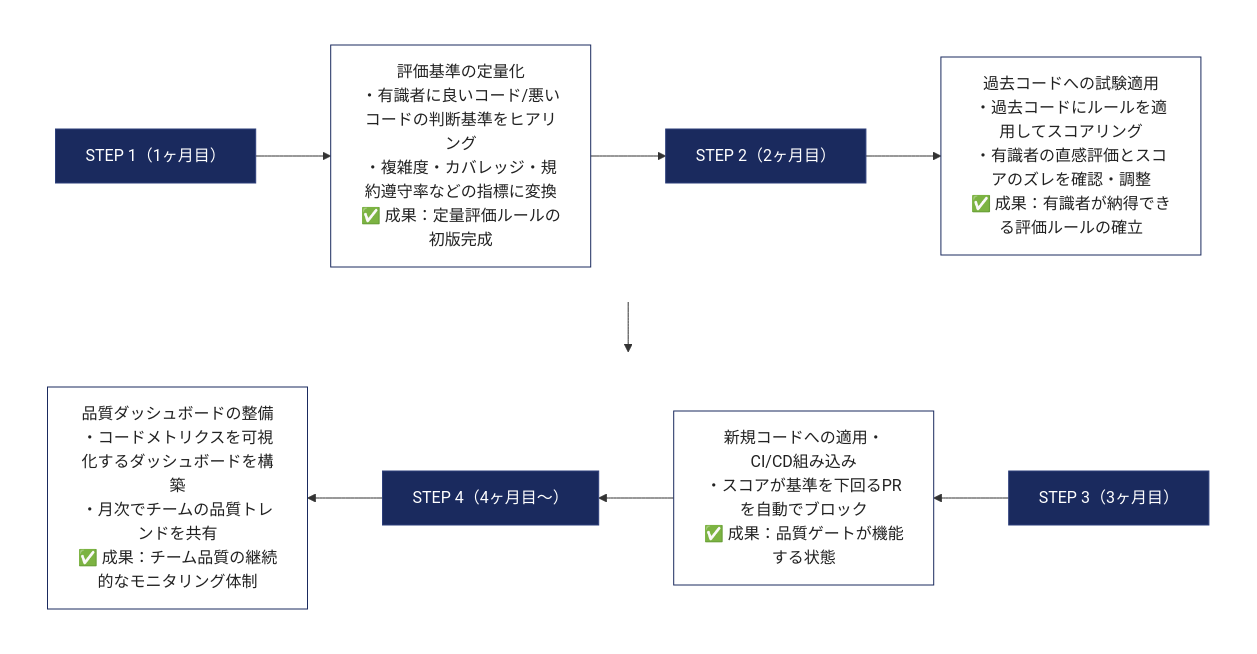
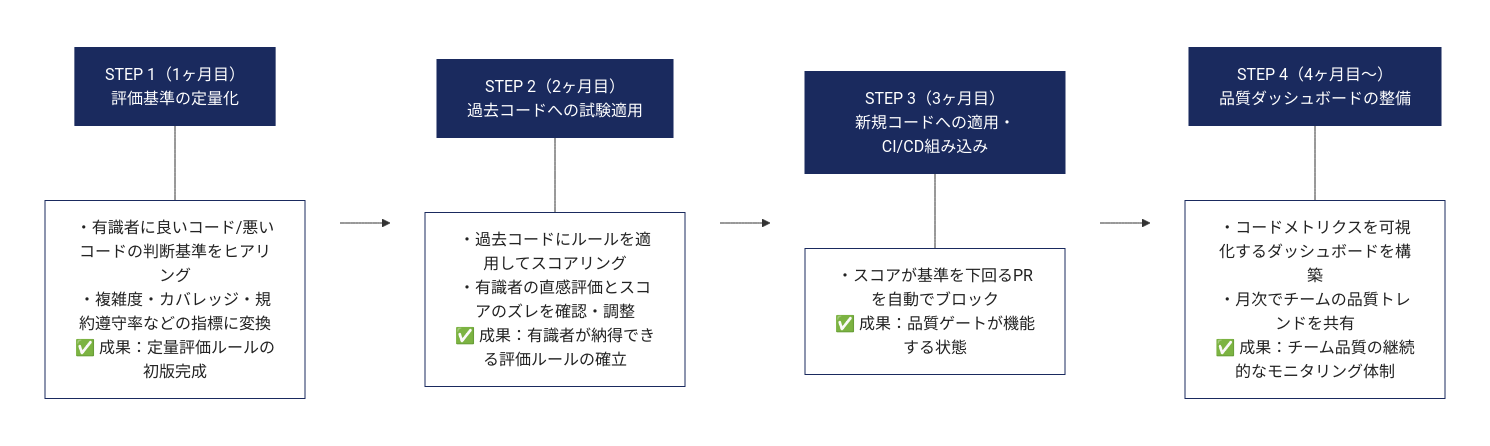
The second of 10 diagrams in AI_Idea/AI_ADOPTION_PROPOSAL.md (Kengo55555/My_Study), drawn with Mermaid before and after one commit. The commit also changed other lines of this file and 1 other file, not shown here.

Commit message:
Redesign Mermaid: horizontal LR layout, navy header + white body per step card

````diff
--- a/AI_Idea/AI_ADOPTION_PROPOSAL.md
+++ b/AI_Idea/AI_ADOPTION_PROPOSAL.md
@@ -104,22 +110,28 @@
 ```mermaid
-flowchart TD
-    subgraph row1[" "]
-        direction LR
-        T1["STEP 1（1ヶ月目）"] --> C1["評価基準の定量化<br/>・有識者に良いコード/悪いコードの判断基準をヒアリング<br/>・複雑度・カバレッジ・規約遵守率などの指標に変換<br/>✅ 成果：定量評価ルールの初版完成"]
-        C1 --> T2["STEP 2（2ヶ月目）"]
-        T2 --> C2["過去コードへの試験適用<br/>・過去コードにルールを適用してスコアリング<br/>・有識者の直感評価とスコアのズレを確認・調整<br/>✅ 成果：有識者が納得できる評価ルールの確立"]
+flowchart LR
+    subgraph s1[" "]
+        direction TB
+        H1["STEP 1（1ヶ月目）<br/>評価基準の定量化"] --- B1["・有識者に良いコード/悪いコードの判断基準をヒアリング<br/>・複雑度・カバレッジ・規約遵守率などの指標に変換<br/>✅ 成果：定量評価ルールの初版完成"]
     end
-    subgraph row2[" "]
-        direction RL
-        T3["STEP 3（3ヶ月目）"] --> C3["新規コードへの適用・CI/CD組み込み<br/>・スコアが基準を下回るPRを自動でブロック<br/>✅ 成果：品質ゲートが機能する状態"]
-        C3 --> T4["STEP 4（4ヶ月目〜）"]
-        T4 --> C4["品質ダッシュボードの整備<br/>・コードメトリクスを可視化するダッシュボードを構築<br/>・月次でチームの品質トレンドを共有<br/>✅ 成果：チーム品質の継続的なモニタリング体制"]
+    subgraph s2[" "]
+        direction TB
+        H2["STEP 2（2ヶ月目）<br/>過去コードへの試験適用"] --- B2["・過去コードにルールを適用してスコアリング<br/>・有識者の直感評価とスコアのズレを確認・調整<br/>✅ 成果：有識者が納得できる評価ルールの確立"]
     end
-    C2 --> T3
-    style row1 fill:transparent,stroke:transparent,color:transparent
-    style row2 fill:transparent,stroke:transparent,color:transparent
-    classDef title fill:#1a2a5e,stroke:#2c3e7a,color:#fff
-    classDef content fill:#fff,stroke:#1a2a5e,color:#222
-    class T1,T2,T3,T4 title
-    class C1,C2,C3,C4 content
+    subgraph s3[" "]
+        direction TB
+        H3["STEP 3（3ヶ月目）<br/>新規コードへの適用・CI/CD組み込み"] --- B3["・スコアが基準を下回るPRを自動でブロック<br/>✅ 成果：品質ゲートが機能する状態"]
+    end
+    subgraph s4[" "]
+        direction TB
+        H4["STEP 4（4ヶ月目〜）<br/>品質ダッシュボードの整備"] --- B4["・コードメトリクスを可視化するダッシュボードを構築<br/>・月次でチームの品質トレンドを共有<br/>✅ 成果：チーム品質の継続的なモニタリング体制"]
+    end
+    s1 --> s2 --> s3 --> s4
+    style s1 fill:transparent,stroke:transparent,color:transparent
+    style s2 fill:transparent,stroke:transparent,color:transparent
+    style s3 fill:transparent,stroke:transparent,color:transparent
+    style s4 fill:transparent,stroke:transparent,color:transparent
+    classDef hdr fill:#1a2a5e,stroke:#1a2a5e,color:#fff
+    classDef bdy fill:#fff,stroke:#1a2a5e,color:#222
+    class H1,H2,H3,H4 hdr
+    class B1,B2,B3,B4 bdy
 ```
````
